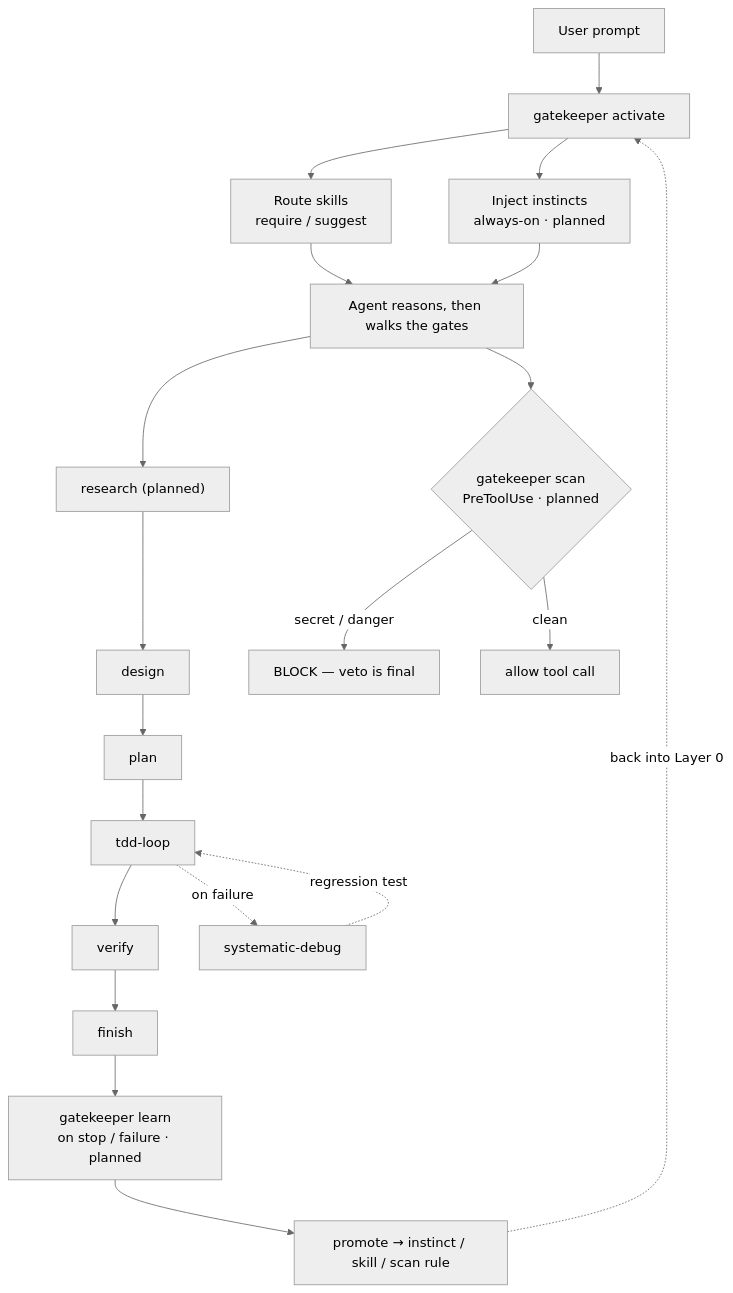
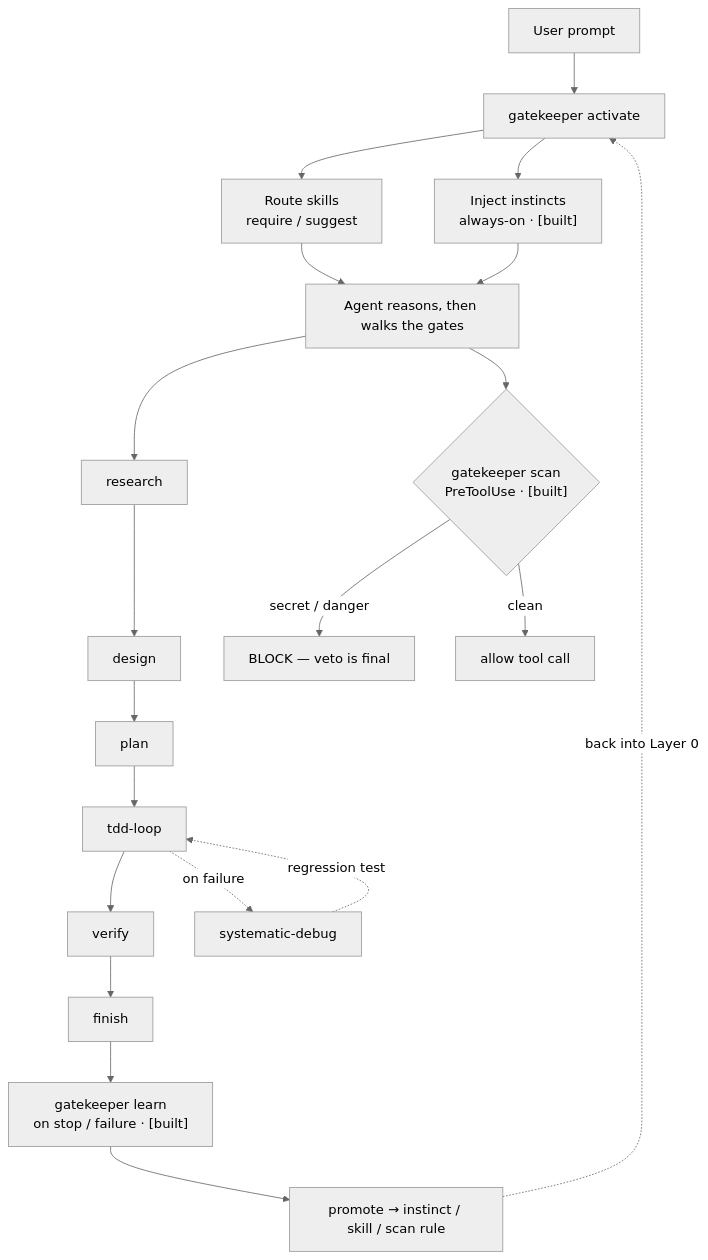
One commit to osxsystem/topology changed the second of 3 diagrams in docs/ARCHITECTURE.md. Above: the diagram before and after it, drawn with Mermaid (neutral theme). The commit also changed other lines of this file and 2 other files, not shown here.

First line of the commit message:
docs: reconcile ARCHITECTURE/README/main.rs "static binary" + [planned] drift

````diff
--- a/docs/ARCHITECTURE.md
+++ b/docs/ARCHITECTURE.md
@@ -85,17 +86,17 @@
 ```mermaid
 flowchart TD
     P["User prompt"] --> A["gatekeeper activate"]
     A --> RS["Route skills<br/>require / suggest"]
-    A --> II["Inject instincts<br/>always-on · planned"]
+    A --> II["Inject instincts<br/>always-on · [built]"]
     RS --> W["Agent reasons, then walks the gates"]
     II --> W
-    W --> R["research (planned)"] --> D["design"] --> PL["plan"] --> T["tdd-loop"] --> V["verify"] --> F["finish"]
+    W --> R["research"] --> D["design"] --> PL["plan"] --> T["tdd-loop"] --> V["verify"] --> F["finish"]
     T -. "on failure" .-> DBG["systematic-debug"]
     DBG -. "regression test" .-> T
-    W --> SC{"gatekeeper scan<br/>PreToolUse · planned"}
+    W --> SC{"gatekeeper scan<br/>PreToolUse · [built]"}
     SC -->|"secret / danger"| BLK["BLOCK — veto is final"]
     SC -->|"clean"| OKT["allow tool call"]
-    F --> LN["gatekeeper learn<br/>on stop / failure · planned"]
+    F --> LN["gatekeeper learn<br/>on stop / failure · [built]"]
     LN --> PR["promote → instinct / skill / scan rule"]
     PR -. "back into Layer 0" .-> A
 ```
````
